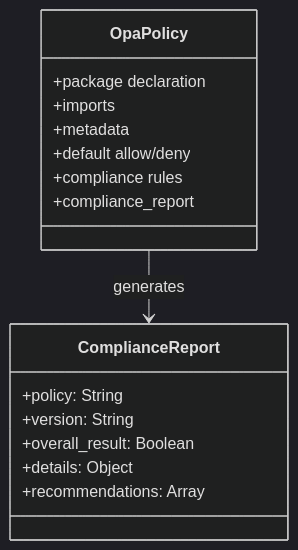
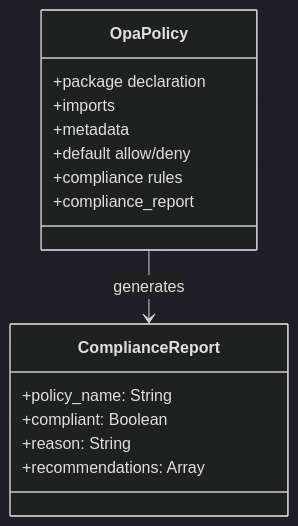
One commit to Principled-Evolution/aicertify changed the fifth of 5 diagrams in docs/opa_policy_structure.md. Above: the diagram before and after it, drawn with Mermaid (dark theme). The commit also changed other lines of this file, not shown here.

````diff
--- a/docs/opa_policy_structure.md
+++ b/docs/opa_policy_structure.md
@@ -160,21 +195,20 @@
 ```mermaid
 classDiagram
     class OpaPolicy {
         +package declaration
         +imports
         +metadata
         +default allow/deny
         +compliance rules
         +compliance_report
     }
     
     class ComplianceReport {
-        +policy: String
-        +version: String
-        +overall_result: Boolean
-        +details: Object
+        +policy_name: String
+        +compliant: Boolean
+        +reason: String
         +recommendations: Array
     }
     
     OpaPolicy --> ComplianceReport : generates
 ```
````
